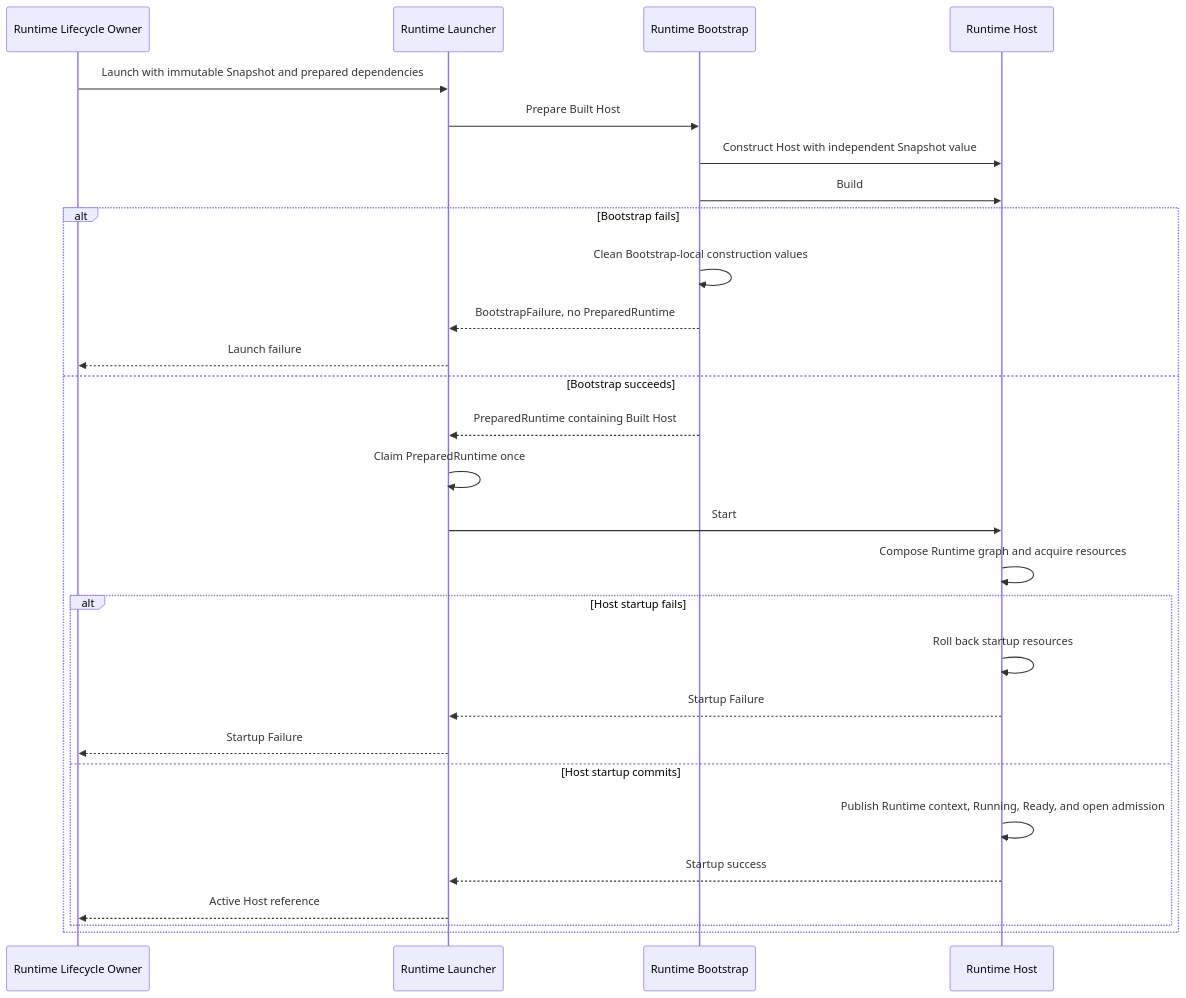
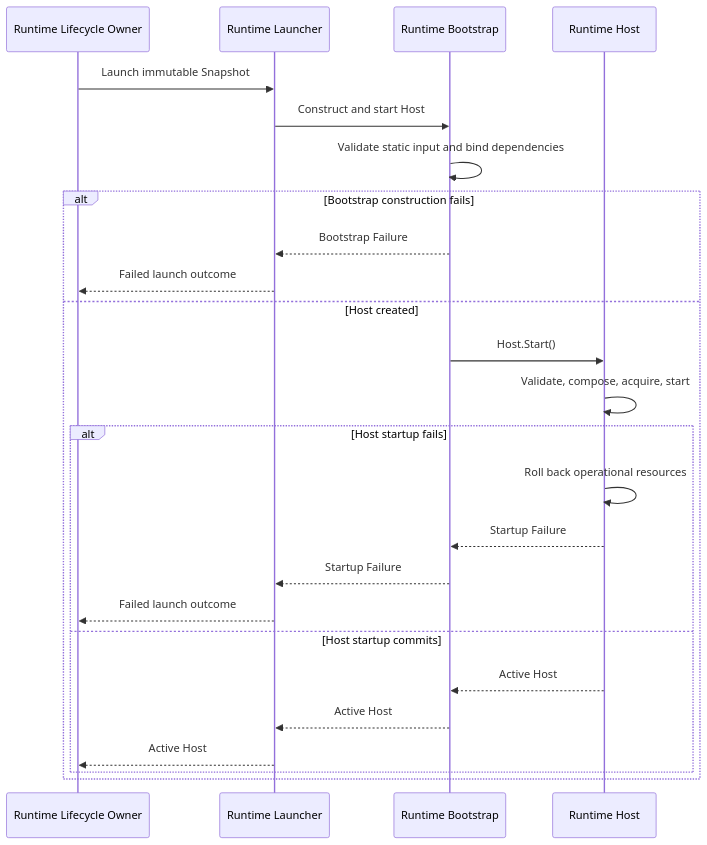
One commit to dsdred/universal-websocket-platform changed the diagram in docs/en/design/DP-009-runtime-bootstrap-contract.md. Above: the diagram before and after it, drawn with Mermaid. The commit also changed other lines of this file and 38 other files, not shown here.

````diff
--- a/docs/en/design/DP-009-runtime-bootstrap-contract.md
+++ b/docs/en/design/DP-009-runtime-bootstrap-contract.md
@@ -730,30 +307,27 @@
 ```mermaid
 sequenceDiagram
     participant O as Runtime Lifecycle Owner
     participant L as Runtime Launcher
     participant B as Runtime Bootstrap
     participant H as Runtime Host
-    O->>L: Launch with immutable Snapshot and prepared dependencies
-    L->>B: Prepare Built Host
-    B->>H: Construct Host with independent Snapshot value
-    B->>H: Build
-    alt Bootstrap fails
-        B->>B: Clean Bootstrap-local construction values
-        B-->>L: BootstrapFailure, no PreparedRuntime
-        L-->>O: Launch failure
-    else Bootstrap succeeds
-        B-->>L: PreparedRuntime containing Built Host
-        L->>L: Claim PreparedRuntime once
-        L->>H: Start
-        H->>H: Compose Runtime graph and acquire resources
+    O->>L: Launch immutable Snapshot
+    L->>B: Construct and start Host
+    B->>B: Validate static input and bind dependencies
+    alt Bootstrap construction fails
+        B-->>L: Bootstrap Failure
+        L-->>O: Failed launch outcome
+    else Host created
+        B->>H: Host.Start()
+        H->>H: Validate, compose, acquire, start
         alt Host startup fails
-            H->>H: Roll back startup resources
-            H-->>L: Startup Failure
-            L-->>O: Startup Failure
+            H->>H: Roll back operational resources
+            H-->>B: Startup Failure
+            B-->>L: Startup Failure
+            L-->>O: Failed launch outcome
         else Host startup commits
-            H->>H: Publish Runtime context, Running, Ready, and open admission
-            H-->>L: Startup success
-            L-->>O: Active Host reference
+            H-->>B: Active Host
+            B-->>L: Active Host
+            L-->>O: Active Host
         end
     end
 ```
````
